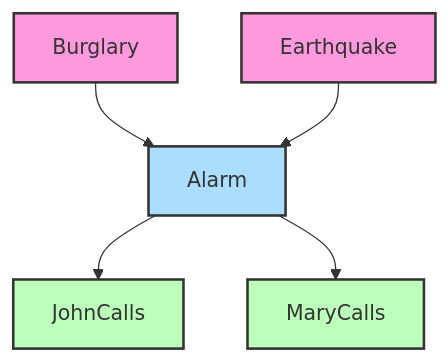
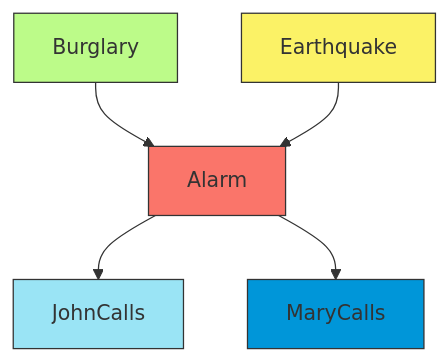
Diagram 11 of 13 in C_4.md (Chaklader/part-of-speech-tagging), drawn with Mermaid before and after one commit. The commit also changed other lines of this file, not shown here.

````diff
--- a/C_4.md
+++ b/C_4.md
@@ -2107,13 +2138,13 @@
 ```mermaid
 graph TD
     B[Burglary] --> A[Alarm]
     E[Earthquake] --> A
     A --> J[JohnCalls]
     A --> M[MaryCalls]
 
-    style B fill:#f9d,stroke:#333,stroke-width:2px
-    style E fill:#f9d,stroke:#333,stroke-width:2px
-    style A fill:#adf,stroke:#333,stroke-width:2px
-    style J fill:#bfb,stroke:#333,stroke-width:2px
-    style M fill:#bfb,stroke:#333,stroke-width:2px
+    style B fill:#BCFB89,stroke:#333,stroke-width:1px
+    style E fill:#FBF266,stroke:#333,stroke-width:1px
+    style A fill:#FA756A,stroke:#333,stroke-width:1px
+    style J fill:#9AE4F5,stroke:#333,stroke-width:1px
+    style M fill:#0096D9,stroke:#333,stroke-width:1px
 ```
````
